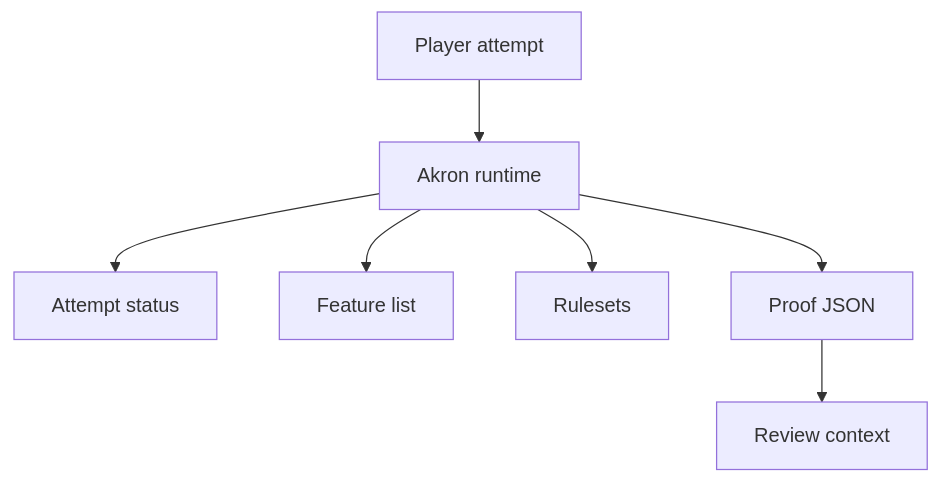
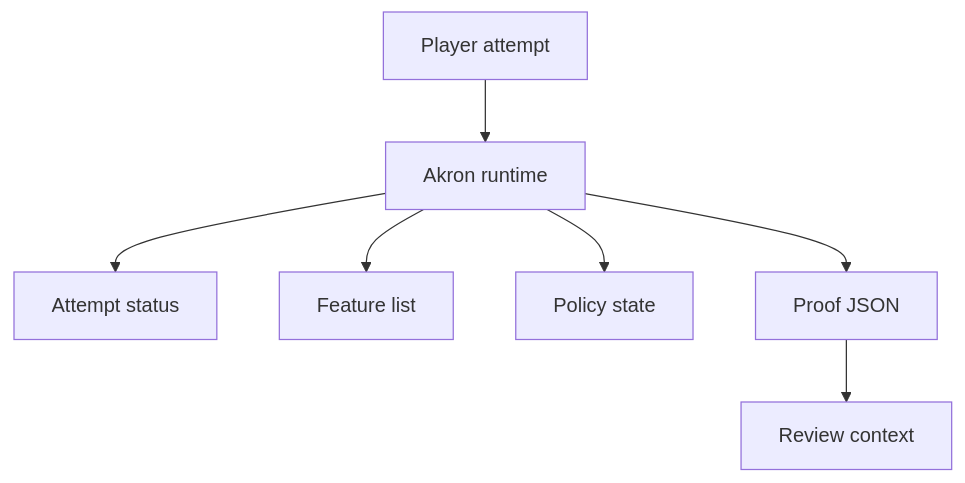
One commit to Microck/akron changed the diagram in docs/concepts/proof-and-submission-mode.mdx. Above: the diagram before and after it, drawn with Mermaid. The commit also changed other lines of this file and 27 other files, not shown here.

````diff
--- a/docs/concepts/proof-and-submission-mode.mdx
+++ b/docs/concepts/proof-and-submission-mode.mdx
@@ -21,9 +21,9 @@
 ```mermaid
 flowchart TD
   player["Player attempt"] --> akron["Akron runtime"]
   akron --> status["Attempt status"]
   akron --> features["Feature list"]
-  akron --> rulesets["Rulesets"]
+  akron --> policy["Policy state"]
   akron --> proof["Proof JSON"]
   proof --> review["Review context"]
 ```
````
